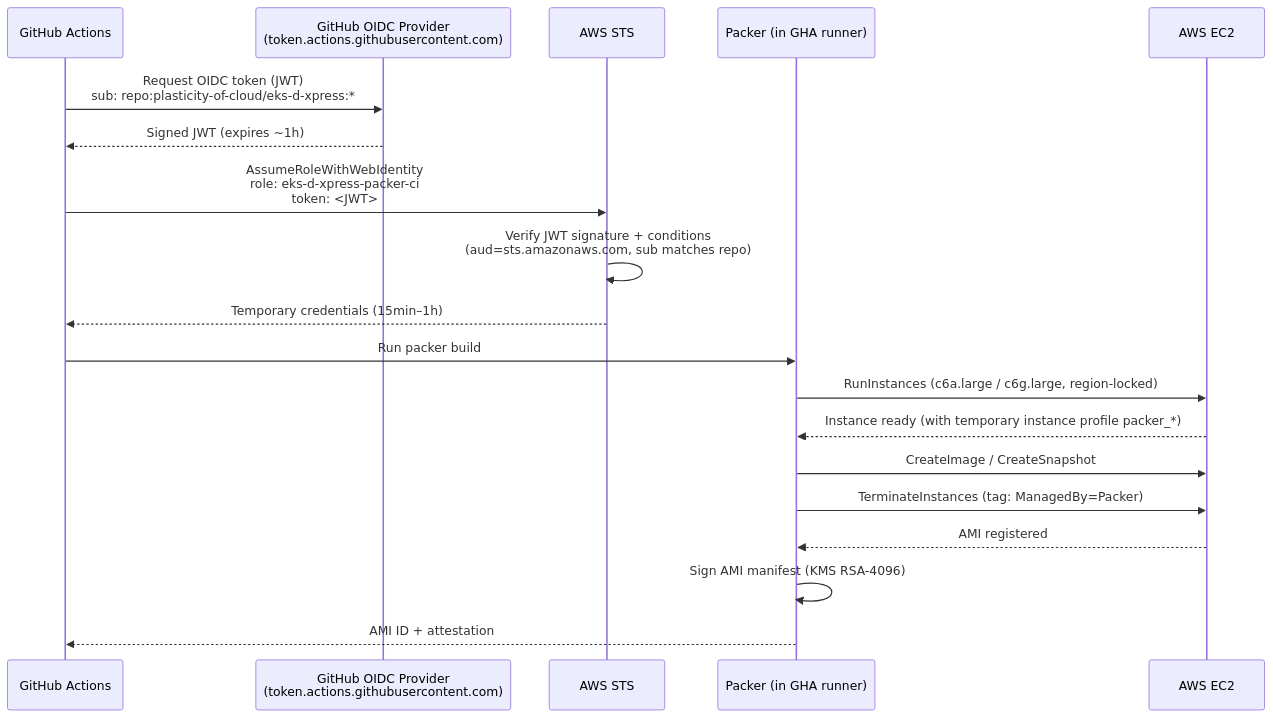
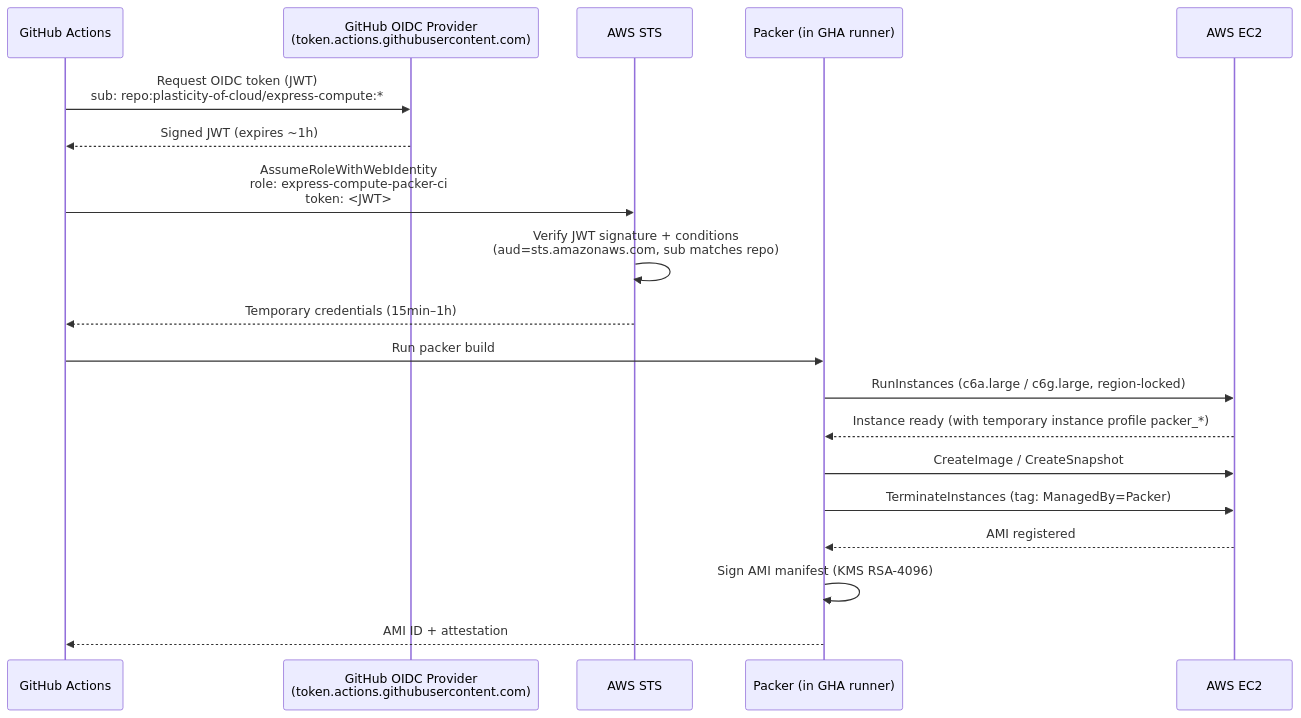
Before and after one commit to codriverlabs/express-compute-platform: the diagram in ami-builder/cdk/README.md, drawn with Mermaid. The commit also changed other lines of this file and 86 other files, not shown here.

First line of the commit message:
refactor: rebrand EKS-D Xpress → Express Compute Platform

````diff
--- a/ami-builder/cdk/README.md
+++ b/ami-builder/cdk/README.md
@@ -11,24 +11,24 @@
 ```mermaid
 sequenceDiagram
     participant GHA as GitHub Actions
     participant GHOIDC as GitHub OIDC Provider<br/>(token.actions.githubusercontent.com)
     participant STS as AWS STS
     participant Packer as Packer (in GHA runner)
     participant EC2 as AWS EC2
 
-    GHA->>GHOIDC: Request OIDC token (JWT)<br/>sub: repo:plasticity-of-cloud/eks-d-xpress:*
+    GHA->>GHOIDC: Request OIDC token (JWT)<br/>sub: repo:plasticity-of-cloud/express-compute:*
     GHOIDC-->>GHA: Signed JWT (expires ~1h)
 
-    GHA->>STS: AssumeRoleWithWebIdentity<br/>role: eks-d-xpress-packer-ci<br/>token: <JWT>
+    GHA->>STS: AssumeRoleWithWebIdentity<br/>role: express-compute-packer-ci<br/>token: <JWT>
     STS->>STS: Verify JWT signature + conditions<br/>(aud=sts.amazonaws.com, sub matches repo)
     STS-->>GHA: Temporary credentials (15min–1h)
 
     GHA->>Packer: Run packer build
     Packer->>EC2: RunInstances (c6a.large / c6g.large, region-locked)
     EC2-->>Packer: Instance ready (with temporary instance profile packer_*)
     Packer->>EC2: CreateImage / CreateSnapshot
     Packer->>EC2: TerminateInstances (tag: ManagedBy=Packer)
     EC2-->>Packer: AMI registered
     Packer->>Packer: Sign AMI manifest (KMS RSA-4096)
     Packer-->>GHA: AMI ID + attestation
 ```
````
